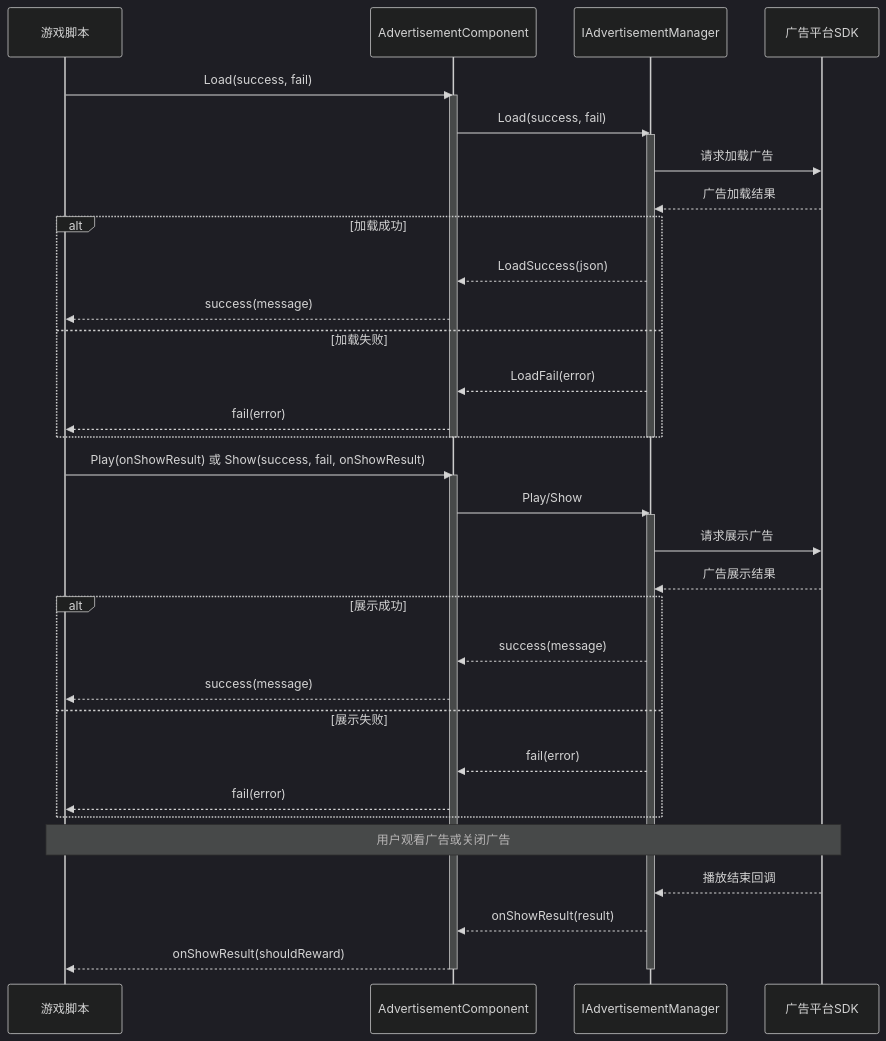
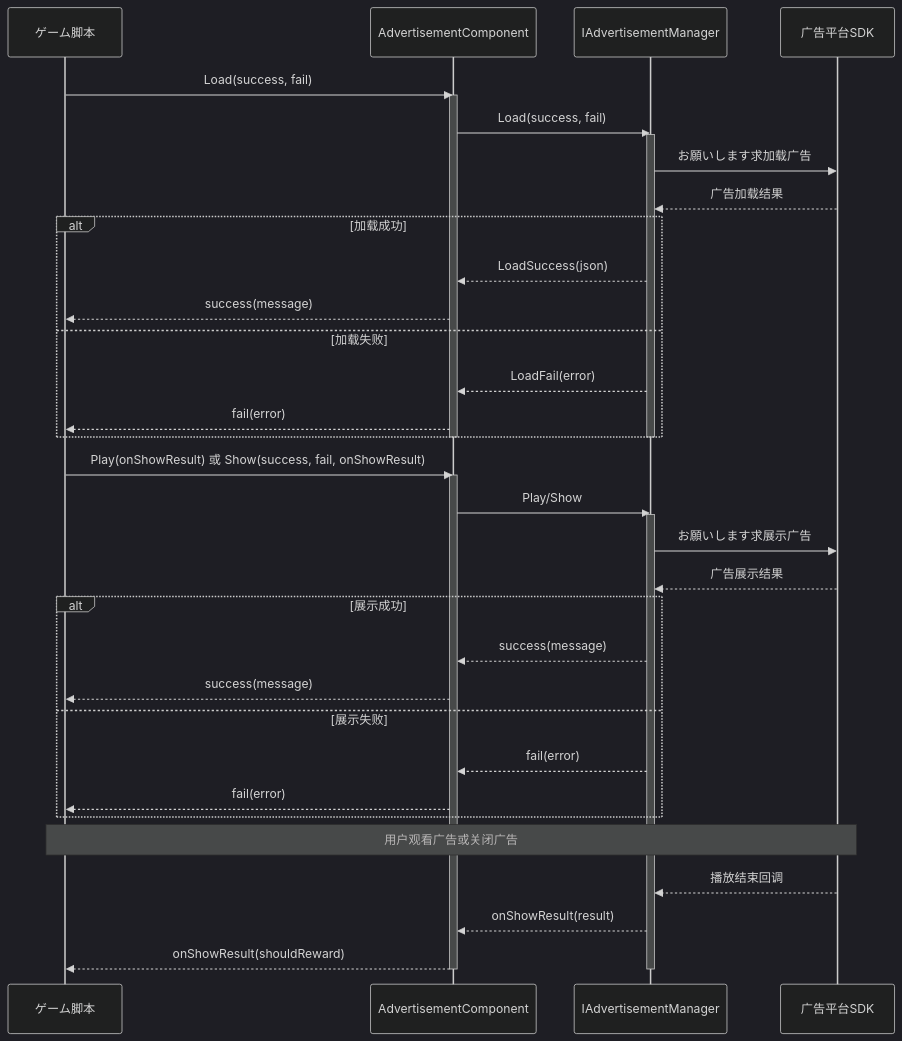
Before and after one commit to AlianBlank/GameFrameX.Docs: the second of 2 diagrams in docs/ja/client/unity/component/advertisement/03.getting-started.md, drawn with Mermaid (dark theme). The commit also changed other lines of this file and 603 other files, not shown here.

````diff
--- a/docs/ja/client/unity/component/advertisement/03.getting-started.md
+++ b/docs/ja/client/unity/component/advertisement/03.getting-started.md
@@ -278,44 +278,44 @@
 ```mermaid
 sequenceDiagram
-    participant Game as 游戏脚本
+    participant Game as ゲーム脚本
     participant AdComp as AdvertisementComponent
     participant Mgr as IAdvertisementManager
     participant SDK as 广告平台SDK
 
     Game->>AdComp: Load(success, fail)
     activate AdComp
     AdComp->>Mgr: Load(success, fail)
     activate Mgr
-    Mgr->>SDK: 请求加载广告
+    Mgr->>SDK: お願いします求加载广告
     SDK-->>Mgr: 广告加载结果
     alt 加载成功
         Mgr-->>AdComp: LoadSuccess(json)
         AdComp-->>Game: success(message)
     else 加载失败
         Mgr-->>AdComp: LoadFail(error)
         AdComp-->>Game: fail(error)
     end
     deactivate Mgr
     deactivate AdComp
 
     Game->>AdComp: Play(onShowResult) 或 Show(success, fail, onShowResult)
     activate AdComp
     AdComp->>Mgr: Play/Show
     activate Mgr
-    Mgr->>SDK: 请求展示广告
+    Mgr->>SDK: お願いします求展示广告
     SDK-->>Mgr: 广告展示结果
     alt 展示成功
         Mgr-->>AdComp: success(message)
         AdComp-->>Game: success(message)
     else 展示失败
         Mgr-->>AdComp: fail(error)
         AdComp-->>Game: fail(error)
     end
     
     Note over Game,SDK: 用户观看广告或关闭广告
     SDK-->>Mgr: 播放结束回调
     Mgr-->>AdComp: onShowResult(result)
     AdComp-->>Game: onShowResult(shouldReward)
     deactivate Mgr
     deactivate AdComp
 ```
````
